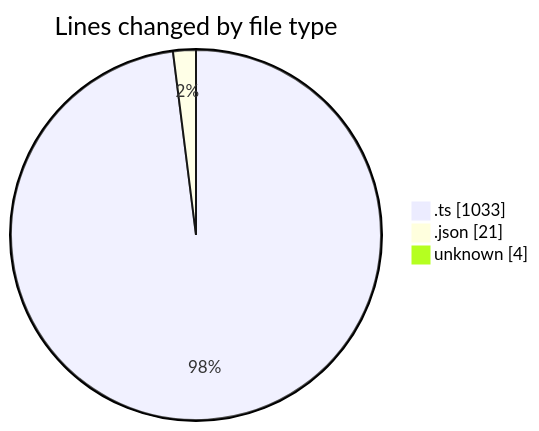
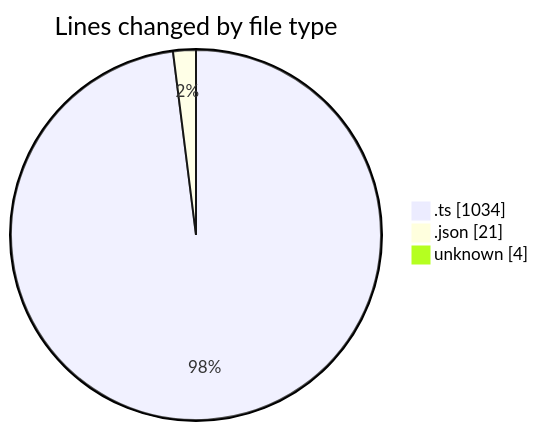
One commit to tmsrecording-cyber/code-tracking changed the first of 2 diagrams in 2026-02-03/singularitybrainai/README.md. Above: the diagram before and after it, drawn with Mermaid. The commit also changed other lines of this file and 1 other file, not shown here.

````diff
--- a/2026-02-03/singularitybrainai/README.md
+++ b/2026-02-03/singularitybrainai/README.md
@@ -23,7 +23,7 @@
 ```mermaid
 pie showData
 title Lines changed by file type
-".ts" : 1033
+".ts" : 1034
 ".json" : 21
 "unknown" : 4
 ```
````
